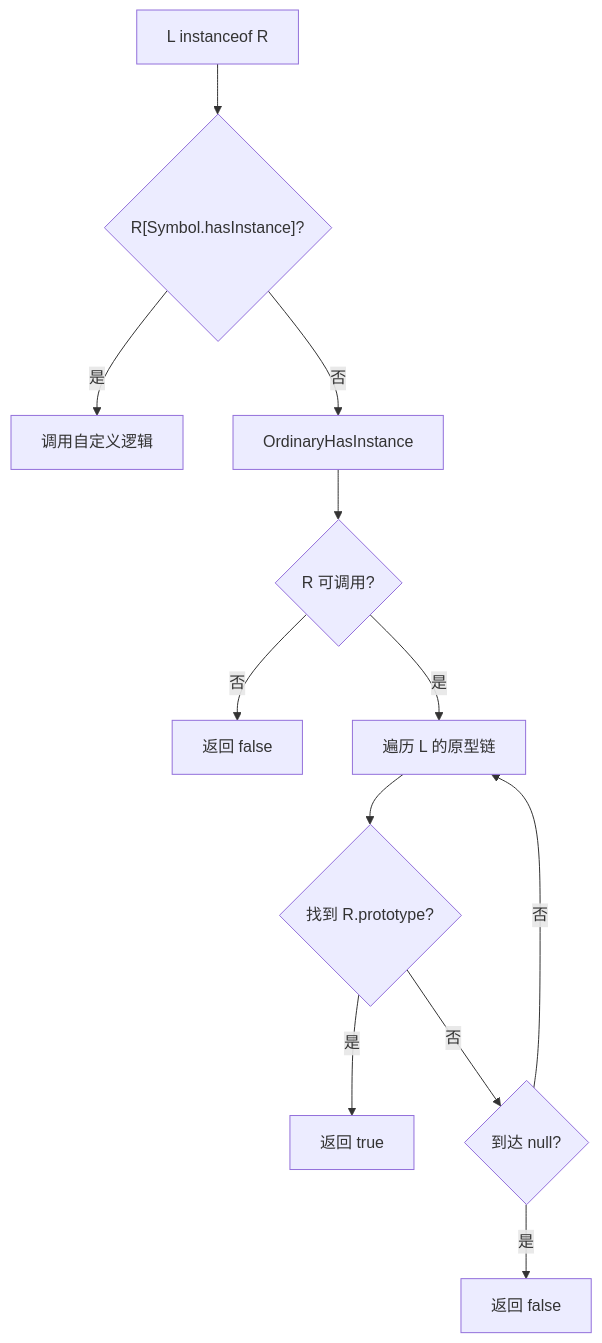
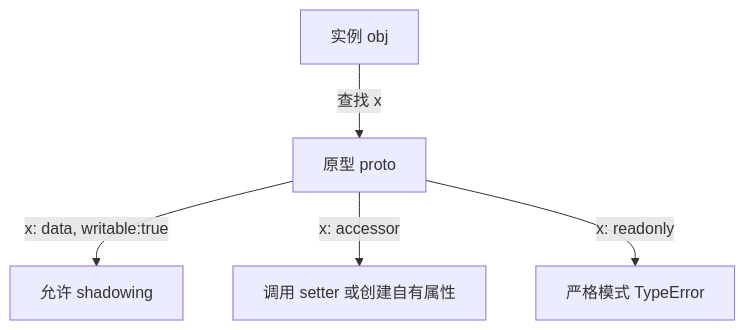
The second of 3 diagrams in 10-fundamentals/10.5-object-model/code-examples/02-prototype-chain.md (AdaMartin18010/JavaScriptTypeScript), drawn with Mermaid before and after one commit. The commit also changed other lines of this file and 217 other files, not shown here.

````diff
--- a/10-fundamentals/10.5-object-model/code-examples/02-prototype-chain.md
+++ b/10-fundamentals/10.5-object-model/code-examples/02-prototype-chain.md
@@ -127,14 +123,7 @@
 ```mermaid
 graph TD
-    A["L instanceof R"] --> B{"R[Symbol.hasInstance]?"}
-    B -->|是| C["调用自定义逻辑"]
-    B -->|否| D["OrdinaryHasInstance"]
-    D --> E{"R 可调用?"}
-    E -->|否| F["返回 false"]
-    E -->|是| G["遍历 L 的原型链"]
-    G --> H{"找到 R.prototype?"}
-    H -->|是| I["返回 true"]
-    H -->|否| J{"到达 null?"}
-    J -->|是| K["返回 false"]
-    J -->|否| G
+    Instance["实例 obj"] -->|查找 x| Proto["原型 proto"]
+    Proto -->|x: data, writable:true| A["允许 shadowing"]
+    Proto -->|x: accessor| B["调用 setter 或创建自有属性"]
+    Proto -->|x: readonly| C["严格模式 TypeError"]
 ```
````
